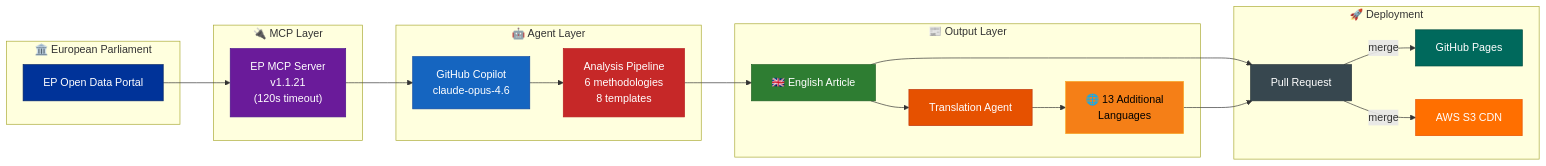
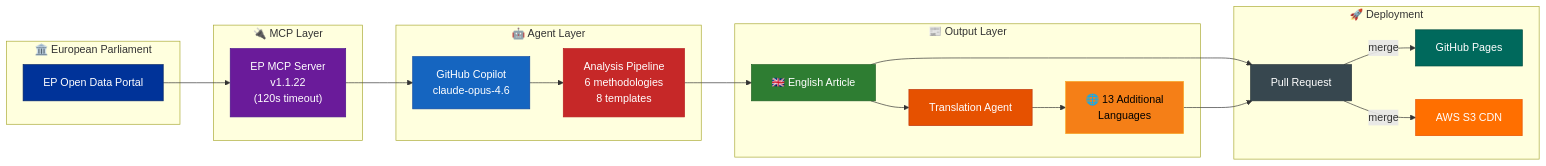
Diagram 21 of 21 in WORKFLOWS.md (Hack23/euparliamentmonitor), drawn with Mermaid before and after one commit. The commit also changed other lines of this file and 25 other files, not shown here.

First line of the commit message:
chore: update european-parliament-mcp-server 1.1.21→1.1.22 in all workflows, MCP config, docs, and lock files

````diff
--- a/WORKFLOWS.md
+++ b/WORKFLOWS.md
@@ -1746,42 +1746,42 @@
 ```mermaid
 flowchart LR
     subgraph "🏛️ European Parliament"
         EP["EP Open Data Portal"]
     end
 
     subgraph "🔌 MCP Layer"
-        MCP["EP MCP Server<br/>v1.1.21<br/>(120s timeout)"]
+        MCP["EP MCP Server<br/>v1.1.22<br/>(120s timeout)"]
     end
 
     subgraph "🤖 Agent Layer"
         Agent["GitHub Copilot<br/>claude-opus-4.6"]
         Analyze["Analysis Pipeline<br/>6 methodologies<br/>8 templates"]
     end
 
     subgraph "📰 Output Layer"
         EN["🇬🇧 English Article"]
         Translate["Translation Agent"]
         Multi["🌐 13 Additional<br/>Languages"]
     end
 
     subgraph "🚀 Deployment"
         PR["Pull Request"]
         Pages["GitHub Pages"]
         S3["AWS S3 CDN"]
     end
 
     EP --> MCP --> Agent --> Analyze --> EN --> PR
     EN --> Translate --> Multi --> PR
     PR --> |"merge"| Pages & S3
 
     style EP fill:#003399,stroke:#002266,color:#FFFFFF
     style MCP fill:#6A1B9A,stroke:#4A148C,color:#FFFFFF
     style Agent fill:#1565C0,stroke:#0D47A1,color:#FFFFFF
     style Analyze fill:#C62828,stroke:#B71C1C,color:#FFFFFF
     style EN fill:#2E7D32,stroke:#1B5E20,color:#FFFFFF
     style Translate fill:#E65100,stroke:#BF360C,color:#FFFFFF
     style Multi fill:#F57F17,stroke:#F9A825,color:#000000
     style PR fill:#37474F,stroke:#263238,color:#FFFFFF
     style Pages fill:#00695C,stroke:#004D40,color:#FFFFFF
     style S3 fill:#FF6F00,stroke:#E65100,color:#FFFFFF
 ```
````
